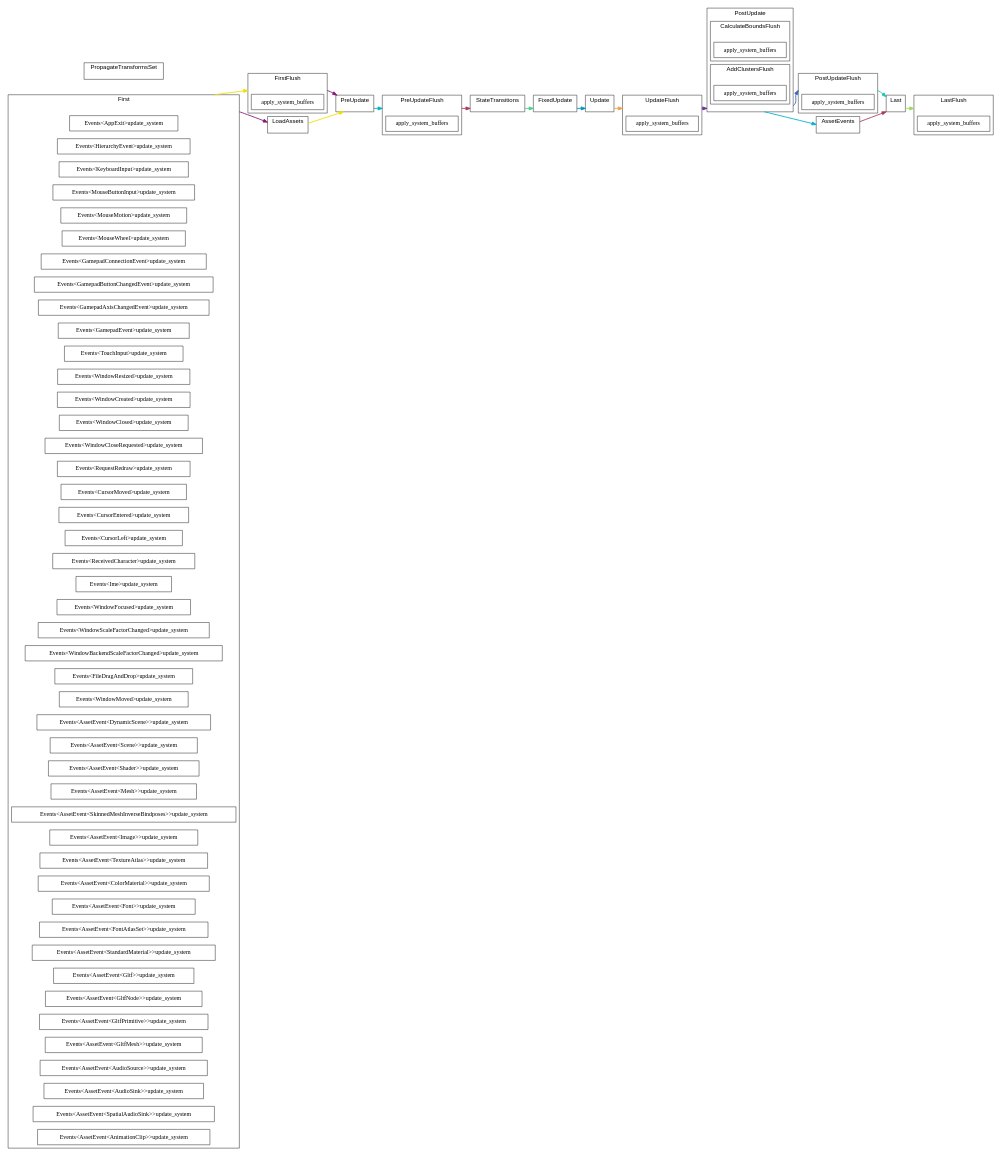
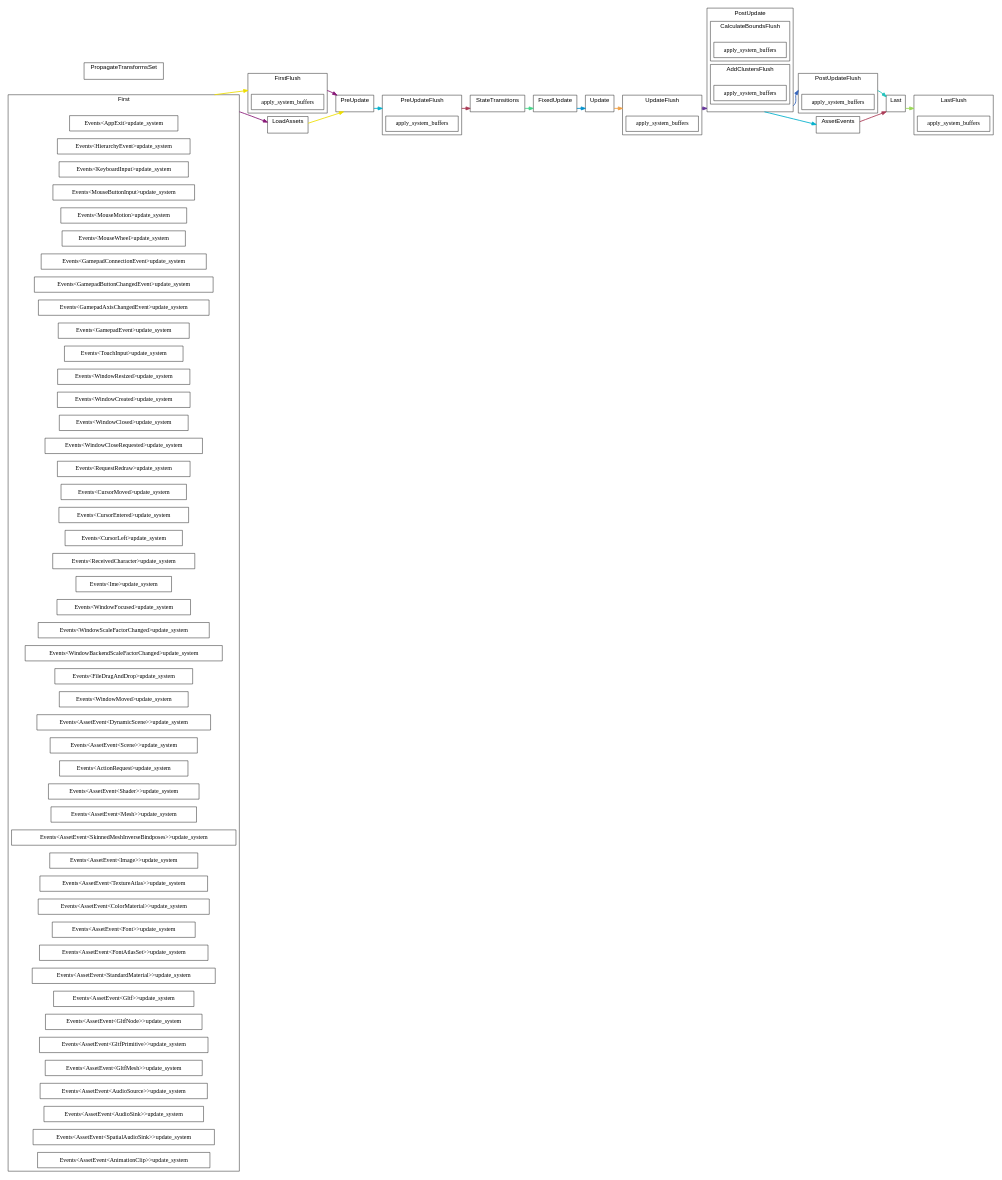
Before and after one commit to jakobhellermann/bevy_mod_debugdump: the diagram in docs/schedule/by-crate/light/schedule_Main_bevy_ecs.dot, drawn with Graphviz. The commit also changed 59 other files, not shown here.

```diff
--- a/docs/schedule/by-crate/light/schedule_Main_bevy_ecs.dot
+++ b/docs/schedule/by-crate/light/schedule_Main_bevy_ecs.dot
@@ -93,23 +93,24 @@
 		"node_System(44)" ["label"="Events<WindowMoved>update_system", "tooltip"="bevy_ecs::event::Events<bevy_window::event::WindowMoved>::update_system"]
 		"node_System(51)" ["label"="Events<AssetEvent<DynamicScene>>update_system", "tooltip"="bevy_ecs::event::Events<bevy_asset::assets::AssetEvent<bevy_scene::dynamic_scene::DynamicScene>>::update_system"]
 		"node_System(54)" ["label"="Events<AssetEvent<Scene>>update_system", "tooltip"="bevy_ecs::event::Events<bevy_asset::assets::AssetEvent<bevy_scene::scene::Scene>>::update_system"]
-		"node_System(61)" ["label"="Events<AssetEvent<Shader>>update_system", "tooltip"="bevy_ecs::event::Events<bevy_asset::assets::AssetEvent<bevy_render::render_resource::shader::Shader>>::update_system"]
-		"node_System(75)" ["label"="Events<AssetEvent<Mesh>>update_system", "tooltip"="bevy_ecs::event::Events<bevy_asset::assets::AssetEvent<bevy_render::mesh::mesh::Mesh>>::update_system"]
-		"node_System(78)" ["label"="Events<AssetEvent<SkinnedMeshInverseBindposes>>update_system", "tooltip"="bevy_ecs::event::Events<bevy_asset::assets::AssetEvent<bevy_render::mesh::mesh::skinning::SkinnedMeshInverseBindposes>>::update_system"]
-		"node_System(81)" ["label"="Events<AssetEvent<Image>>update_system", "tooltip"="bevy_ecs::event::Events<bevy_asset::assets::AssetEvent<bevy_render::texture::image::Image>>::update_system"]
-		"node_System(84)" ["label"="Events<AssetEvent<TextureAtlas>>update_system", "tooltip"="bevy_ecs::event::Events<bevy_asset::assets::AssetEvent<bevy_sprite::texture_atlas::TextureAtlas>>::update_system"]
-		"node_System(87)" ["label"="Events<AssetEvent<ColorMaterial>>update_system", "tooltip"="bevy_ecs::event::Events<bevy_asset::assets::AssetEvent<bevy_sprite::mesh2d::color_material::ColorMaterial>>::update_system"]
-		"node_System(90)" ["label"="Events<AssetEvent<Font>>update_system", "tooltip"="bevy_ecs::event::Events<bevy_asset::assets::AssetEvent<bevy_text::font::Font>>::update_system"]
-		"node_System(93)" ["label"="Events<AssetEvent<FontAtlasSet>>update_system", "tooltip"="bevy_ecs::event::Events<bevy_asset::assets::AssetEvent<bevy_text::font_atlas_set::FontAtlasSet>>::update_system"]
-		"node_System(103)" ["label"="Events<AssetEvent<StandardMaterial>>update_system", "tooltip"="bevy_ecs::event::Events<bevy_asset::assets::AssetEvent<bevy_pbr::pbr_material::StandardMaterial>>::update_system"]
-		"node_System(114)" ["label"="Events<AssetEvent<Gltf>>update_system", "tooltip"="bevy_ecs::event::Events<bevy_asset::assets::AssetEvent<bevy_gltf::Gltf>>::update_system"]
-		"node_System(117)" ["label"="Events<AssetEvent<GltfNode>>update_system", "tooltip"="bevy_ecs::event::Events<bevy_asset::assets::AssetEvent<bevy_gltf::GltfNode>>::update_system"]
-		"node_System(120)" ["label"="Events<AssetEvent<GltfPrimitive>>update_system", "tooltip"="bevy_ecs::event::Events<bevy_asset::assets::AssetEvent<bevy_gltf::GltfPrimitive>>::update_system"]
-		"node_System(123)" ["label"="Events<AssetEvent<GltfMesh>>update_system", "tooltip"="bevy_ecs::event::Events<bevy_asset::assets::AssetEvent<bevy_gltf::GltfMesh>>::update_system"]
-		"node_System(126)" ["label"="Events<AssetEvent<AudioSource>>update_system", "tooltip"="bevy_ecs::event::Events<bevy_asset::assets::AssetEvent<bevy_audio::audio_source::AudioSource>>::update_system"]
-		"node_System(129)" ["label"="Events<AssetEvent<AudioSink>>update_system", "tooltip"="bevy_ecs::event::Events<bevy_asset::assets::AssetEvent<bevy_audio::sinks::AudioSink>>::update_system"]
-		"node_System(132)" ["label"="Events<AssetEvent<SpatialAudioSink>>update_system", "tooltip"="bevy_ecs::event::Events<bevy_asset::assets::AssetEvent<bevy_audio::sinks::SpatialAudioSink>>::update_system"]
-		"node_System(137)" ["label"="Events<AssetEvent<AnimationClip>>update_system", "tooltip"="bevy_ecs::event::Events<bevy_asset::assets::AssetEvent<bevy_animation::AnimationClip>>::update_system"]
+		"node_System(59)" ["label"="Events<ActionRequest>update_system", "tooltip"="bevy_ecs::event::Events<accesskit::ActionRequest>::update_system"]
+		"node_System(66)" ["label"="Events<AssetEvent<Shader>>update_system", "tooltip"="bevy_ecs::event::Events<bevy_asset::assets::AssetEvent<bevy_render::render_resource::shader::Shader>>::update_system"]
+		"node_System(80)" ["label"="Events<AssetEvent<Mesh>>update_system", "tooltip"="bevy_ecs::event::Events<bevy_asset::assets::AssetEvent<bevy_render::mesh::mesh::Mesh>>::update_system"]
+		"node_System(83)" ["label"="Events<AssetEvent<SkinnedMeshInverseBindposes>>update_system", "tooltip"="bevy_ecs::event::Events<bevy_asset::assets::AssetEvent<bevy_render::mesh::mesh::skinning::SkinnedMeshInverseBindposes>>::update_system"]
+		"node_System(86)" ["label"="Events<AssetEvent<Image>>update_system", "tooltip"="bevy_ecs::event::Events<bevy_asset::assets::AssetEvent<bevy_render::texture::image::Image>>::update_system"]
+		"node_System(89)" ["label"="Events<AssetEvent<TextureAtlas>>update_system", "tooltip"="bevy_ecs::event::Events<bevy_asset::assets::AssetEvent<bevy_sprite::texture_atlas::TextureAtlas>>::update_system"]
+		"node_System(92)" ["label"="Events<AssetEvent<ColorMaterial>>update_system", "tooltip"="bevy_ecs::event::Events<bevy_asset::assets::AssetEvent<bevy_sprite::mesh2d::color_material::ColorMaterial>>::update_system"]
+		"node_System(95)" ["label"="Events<AssetEvent<Font>>update_system", "tooltip"="bevy_ecs::event::Events<bevy_asset::assets::AssetEvent<bevy_text::font::Font>>::update_system"]
+		"node_System(98)" ["label"="Events<AssetEvent<FontAtlasSet>>update_system", "tooltip"="bevy_ecs::event::Events<bevy_asset::assets::AssetEvent<bevy_text::font_atlas_set::FontAtlasSet>>::update_system"]
+		"node_System(112)" ["label"="Events<AssetEvent<StandardMaterial>>update_system", "tooltip"="bevy_ecs::event::Events<bevy_asset::assets::AssetEvent<bevy_pbr::pbr_material::StandardMaterial>>::update_system"]
+		"node_System(123)" ["label"="Events<AssetEvent<Gltf>>update_system", "tooltip"="bevy_ecs::event::Events<bevy_asset::assets::AssetEvent<bevy_gltf::Gltf>>::update_system"]
+		"node_System(126)" ["label"="Events<AssetEvent<GltfNode>>update_system", "tooltip"="bevy_ecs::event::Events<bevy_asset::assets::AssetEvent<bevy_gltf::GltfNode>>::update_system"]
+		"node_System(129)" ["label"="Events<AssetEvent<GltfPrimitive>>update_system", "tooltip"="bevy_ecs::event::Events<bevy_asset::assets::AssetEvent<bevy_gltf::GltfPrimitive>>::update_system"]
+		"node_System(132)" ["label"="Events<AssetEvent<GltfMesh>>update_system", "tooltip"="bevy_ecs::event::Events<bevy_asset::assets::AssetEvent<bevy_gltf::GltfMesh>>::update_system"]
+		"node_System(135)" ["label"="Events<AssetEvent<AudioSource>>update_system", "tooltip"="bevy_ecs::event::Events<bevy_asset::assets::AssetEvent<bevy_audio::audio_source::AudioSource>>::update_system"]
+		"node_System(138)" ["label"="Events<AssetEvent<AudioSink>>update_system", "tooltip"="bevy_ecs::event::Events<bevy_asset::assets::AssetEvent<bevy_audio::sinks::AudioSink>>::update_system"]
+		"node_System(141)" ["label"="Events<AssetEvent<SpatialAudioSink>>update_system", "tooltip"="bevy_ecs::event::Events<bevy_asset::assets::AssetEvent<bevy_audio::sinks::SpatialAudioSink>>::update_system"]
+		"node_System(146)" ["label"="Events<AssetEvent<AnimationClip>>update_system", "tooltip"="bevy_ecs::event::Events<bevy_asset::assets::AssetEvent<bevy_animation::AnimationClip>>::update_system"]
 	}
 	
 	subgraph "clusternode_Set(8)" {
@@ -142,22 +143,22 @@
 		"bgcolor"="white";
 		"color"="black";
 		"set_marker_node_Set(11)" ["style"="invis", "label"="", "height"="0", "shape"="point"]
-		subgraph "clusternode_Set(82)" {
+		subgraph "clusternode_Set(87)" {
 			"label"="CalculateBoundsFlush";
 			"tooltip"="CalculateBoundsFlush";
 			"bgcolor"="white";
 			"color"="black";
-			"set_marker_node_Set(82)" ["style"="invis", "label"="", "height"="0", "shape"="point"]
-			"node_System(66)" ["label"="apply_system_buffers", "tooltip"="bevy_ecs::schedule::executor::apply_system_buffers"]
+			"set_marker_node_Set(87)" ["style"="invis", "label"="", "height"="0", "shape"="point"]
+			"node_System(71)" ["label"="apply_system_buffers", "tooltip"="bevy_ecs::schedule::executor::apply_system_buffers"]
 		}
 		
-		subgraph "clusternode_Set(129)" {
+		subgraph "clusternode_Set(138)" {
 			"label"="AddClustersFlush";
 			"tooltip"="AddClustersFlush";
 			"bgcolor"="white";
 			"color"="black";
-			"set_marker_node_Set(129)" ["style"="invis", "label"="", "height"="0", "shape"="point"]
-			"node_System(105)" ["label"="apply_system_buffers", "tooltip"="bevy_ecs::schedule::executor::apply_system_buffers"]
+			"set_marker_node_Set(138)" ["style"="invis", "label"="", "height"="0", "shape"="point"]
+			"node_System(114)" ["label"="apply_system_buffers", "tooltip"="bevy_ecs::schedule::executor::apply_system_buffers"]
 		}
 		
 	}
```
